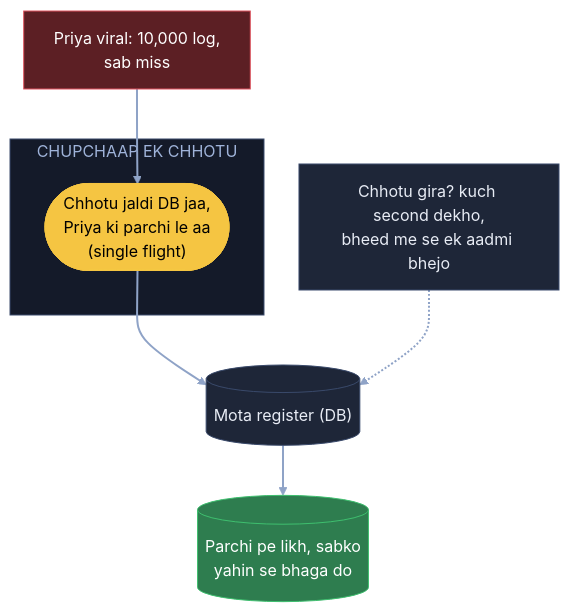
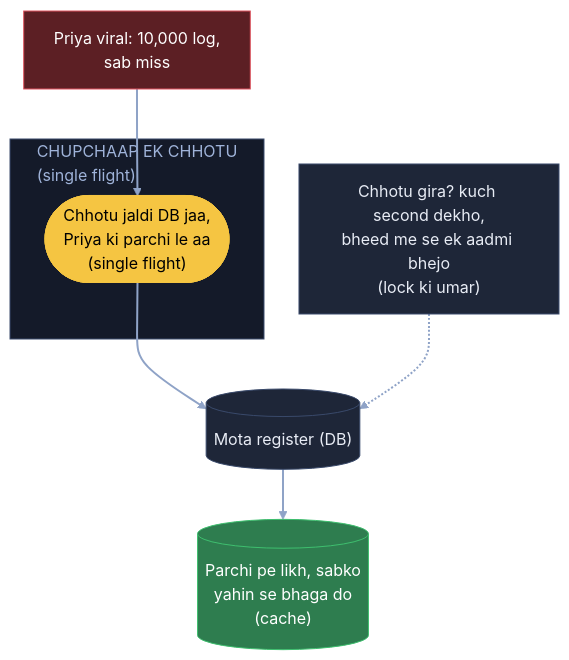
Before and after one commit to ArpanMaheshwari144/Prep: the fifth of 7 diagrams in 04_HLD/SYSTEM_DESIGNS/10_distributed_cache/10_distributed_cache.md, drawn with Mermaid. The commit also changed other lines of this file and 22 other files, not shown here.

Commit message:
Diagram: sirf kahani ke dohraaye shabd pe bracket, us jagah notes wala matlab (207 label)

````diff
--- a/04_HLD/SYSTEM_DESIGNS/10_distributed_cache/10_distributed_cache.md
+++ b/04_HLD/SYSTEM_DESIGNS/10_distributed_cache/10_distributed_cache.md
@@ -290,20 +290,20 @@
 ```mermaid
 flowchart TB
     U["Priya viral: 10,000 log,<br/>sab miss"]:::bad
-    subgraph CH["CHUPCHAAP EK CHHOTU"]
+    subgraph CH["CHUPCHAAP EK CHHOTU<br/>(single flight)"]
         L(["Chhotu jaldi DB jaa,<br/>Priya ki parchi le aa<br/>(single flight)"]):::pill
     end
-    B["Chhotu gira? kuch second dekho,<br/>bheed me se ek aadmi bhejo"]:::card
+    B["Chhotu gira? kuch second dekho,<br/>bheed me se ek aadmi bhejo<br/>(lock ki umar)"]:::card
     D[("Mota register (DB)")]:::card
-    C[("Parchi pe likh, sabko<br/>yahin se bhaga do")]:::good
+    C[("Parchi pe likh, sabko<br/>yahin se bhaga do<br/>(cache)")]:::good
     U --> L
     L --> D
     D --> C
     B -.-> D
     linkStyle default stroke:#8fa3c7,stroke-width:2px
     classDef card fill:#1e2638,stroke:#3a4a6b,color:#e8ecf5
     classDef pill fill:#f5c542,stroke:#f5c542,color:#000
     classDef good fill:#2e7d4f,stroke:#3fbf6f,color:#fff
     classDef bad fill:#5c1f24,stroke:#e05561,color:#fff
     style CH fill:#141a29,stroke:#3a4a6b,color:#9fb3d9
 ```
````
